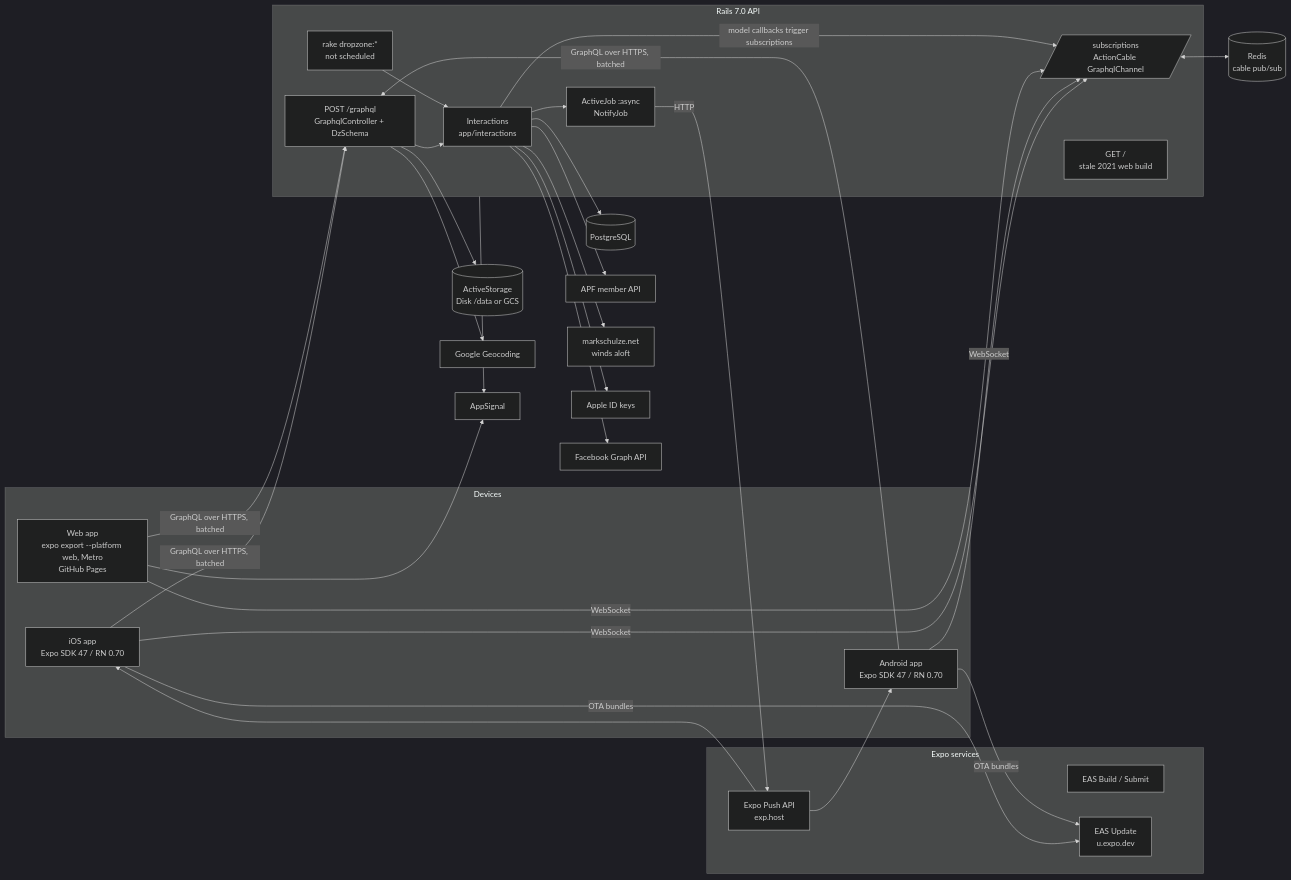
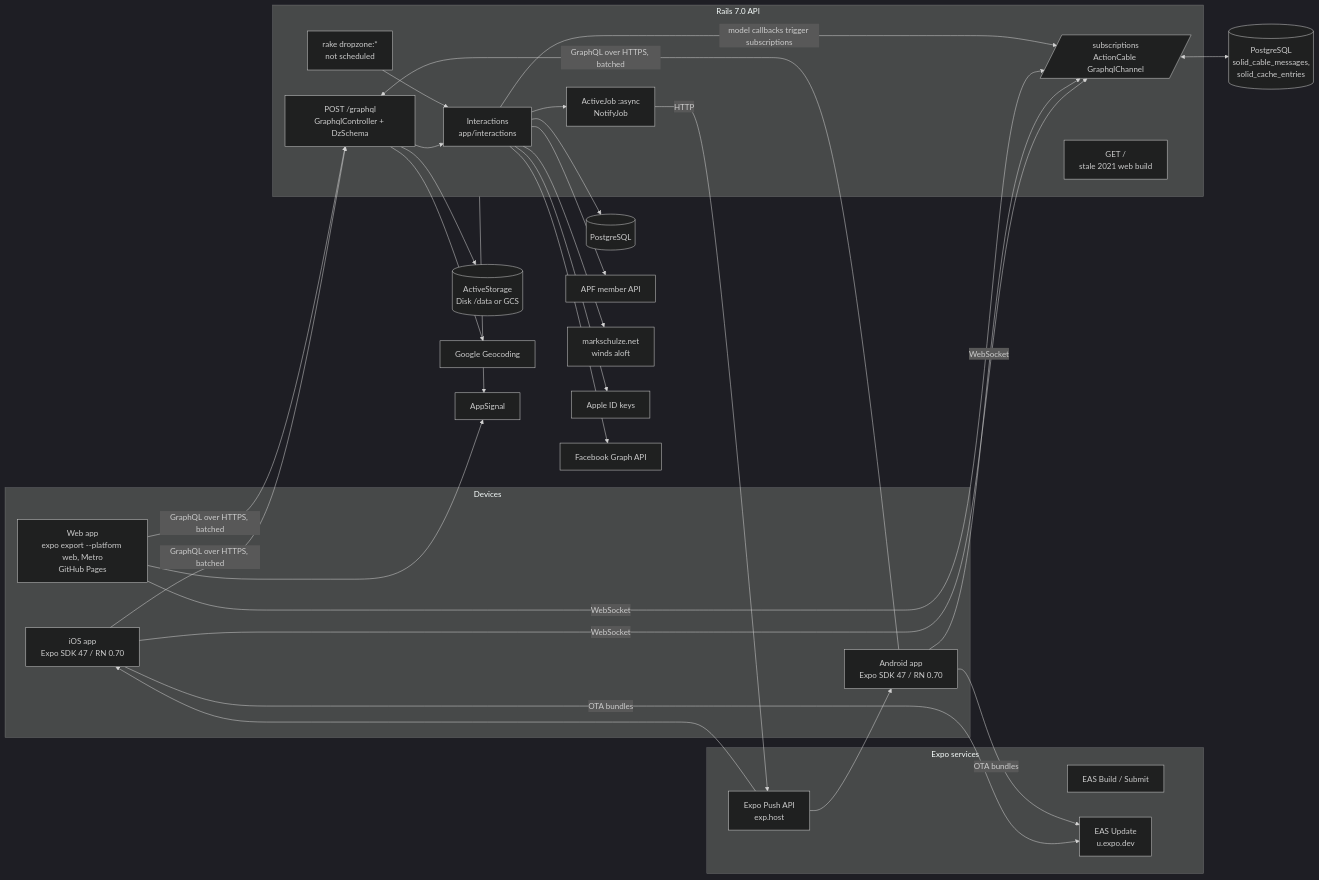
One commit to OpenManifest/openmanifest-server changed the first of 10 diagrams in docs/reference/diagrams.md. Above: the diagram before and after it, drawn with Mermaid (dark theme). The commit also changed 20 other files, not shown here.

First line of the commit message:
Add Phase U (UI modernisation tasks) to the plan; move cache and cable to Solid Cache and Solid Cable (#234)

````diff
--- a/docs/reference/diagrams.md
+++ b/docs/reference/diagrams.md
@@ -13,47 +13,47 @@
 ```mermaid
 flowchart LR
   subgraph Devices
     IOS[iOS app<br/>Expo SDK 47 / RN 0.70]
     AND[Android app<br/>Expo SDK 47 / RN 0.70]
     WEB[Web app<br/>expo export --platform web, Metro<br/>GitHub Pages]
   end
   subgraph Expo[Expo services]
     EAS[EAS Build / Submit]
     UPD[EAS Update<br/>u.expo.dev]
     PUSH[Expo Push API<br/>exp.host]
   end
   subgraph API[Rails 7.0 API]
     GQL[POST /graphql<br/>GraphqlController + DzSchema]
     CABLE[/subscriptions<br/>ActionCable GraphqlChannel/]
     INT[Interactions<br/>app/interactions]
     JOBS[ActiveJob :async<br/>NotifyJob]
     RAKE[rake dropzone:*<br/>not scheduled]
     STALE[GET /<br/>stale 2021 web build]
   end
   PG[(PostgreSQL)]
-  REDIS[(Redis<br/>cable pub/sub)]
+  CABLETABLE[(PostgreSQL<br/>solid_cable_messages,<br/>solid_cache_entries)]
   STORE[(ActiveStorage<br/>Disk /data or GCS)]
   APF[APF member API]
   WINDS[markschulze.net<br/>winds aloft]
   GEO[Google Geocoding]
   APPLE[Apple ID keys]
   FB[Facebook Graph API]
   APPSIG[AppSignal]
 
   IOS & AND & WEB -->|GraphQL over HTTPS, batched| GQL
   IOS & AND & WEB -->|WebSocket| CABLE
   IOS & AND -->|OTA bundles| UPD
   GQL --> INT --> PG
   INT --> JOBS -->|HTTP| PUSH --> IOS & AND
-  CABLE <--> REDIS
+  CABLE <--> CABLETABLE
   INT -->|model callbacks trigger subscriptions| CABLE
   GQL --> STORE
   INT --> APF
   INT --> WINDS
   GQL --> GEO
   INT --> APPLE
   INT --> FB
   API --> APPSIG
   WEB --> APPSIG
   RAKE --> INT
 ```
````
